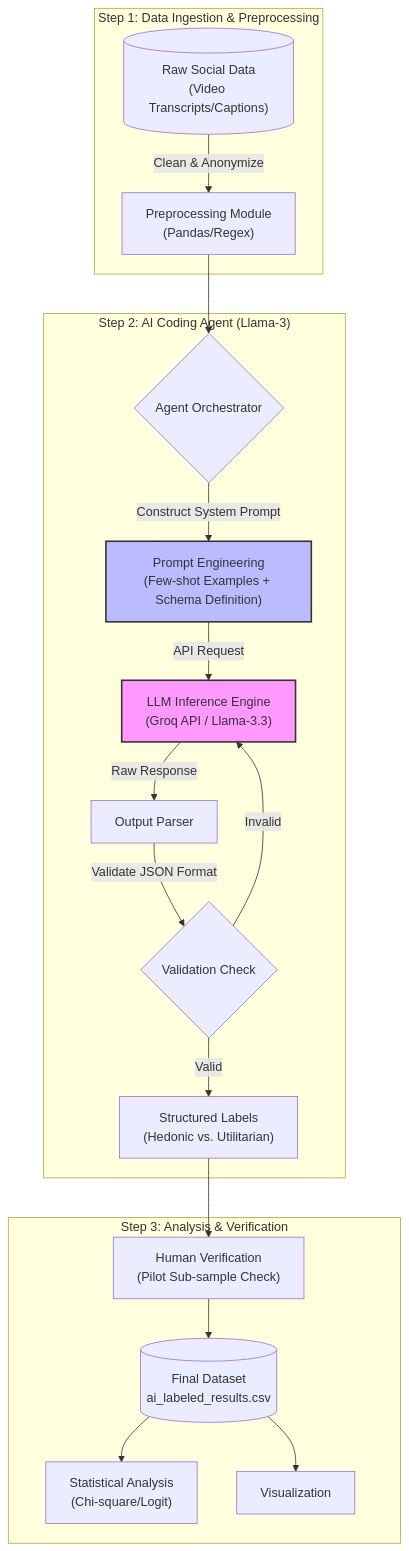
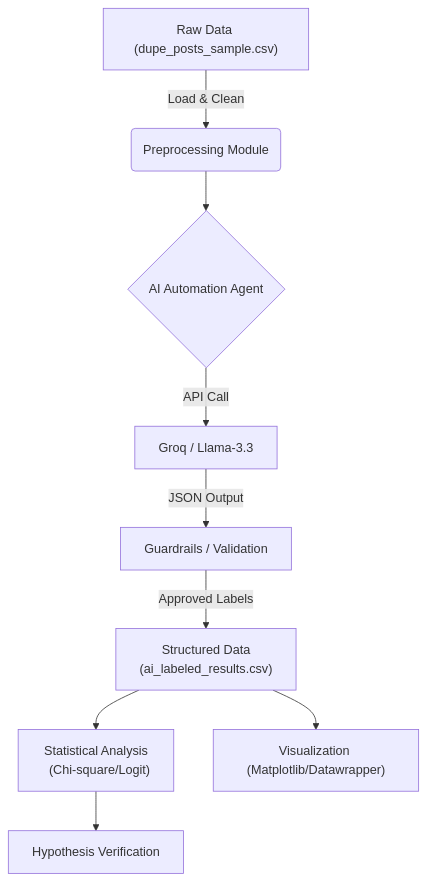
The diagram in README.md (mengjenmiyalin/dupe-analysis-demo), drawn with Mermaid before and after one commit.

````diff
--- a/README.md
+++ b/README.md
@@ -51,26 +51,11 @@
 ```mermaid
 graph TD
-    subgraph Data Ingestion ["Step 1: Data Ingestion & Preprocessing"]
-        A[("Raw Social Data<br/>(Video Transcripts/Captions)")] -->|Clean & Anonymize| B["Preprocessing Module<br/>(Pandas/Regex)"]
-    end
-
-    subgraph AI Core ["Step 2: AI Coding Agent (Llama-3)"]
-        B --> C{"Agent Orchestrator"}
-        C -->|Construct System Prompt| D["Prompt Engineering<br/>(Few-shot Examples + Schema Definition)"]
-        D -->|API Request| E["LLM Inference Engine<br/>(Groq API / Llama-3.3)"]
-        E -->|Raw Response| F["Output Parser"]
-        F -->|Validate JSON Format| G{"Validation Check"}
-        G -- Invalid --> E
-        G -- Valid --> H["Structured Labels<br/>(Hedonic vs. Utilitarian)"]
-    end
-
-    subgraph Analysis ["Step 3: Analysis & Verification"]
-        H --> I["Human Verification<br/>(Pilot Sub-sample Check)"]
-        I --> J[("Final Dataset<br/>ai_labeled_results.csv")]
-        J --> K["Statistical Analysis<br/>(Chi-square/Logit)"]
-        J --> L["Visualization"]
-    end
-
-    style E fill:#f9f,stroke:#333,stroke-width:2px
-    style D fill:#bbf,stroke:#333,stroke-width:2px
+    A["Raw Data (dupe_posts_sample.csv)"] -->|Load & Clean| B("Preprocessing Module")
+    B --> C{"AI Automation Agent"}
+    C -->|API Call| D["Groq / Llama-3.3"]
+    D -->|JSON Output| E["Guardrails / Validation"]
+    E -->|Approved Labels| F["Structured Data<br/> (ai_labeled_results.csv)"]
+    F --> G["Statistical Analysis<br/>  (Chi-square/Logit)"]
+    F --> H["Visualization (Matplotlib/Datawrapper)"]
+    G --> I["Hypothesis Verification"]
 ```
````
